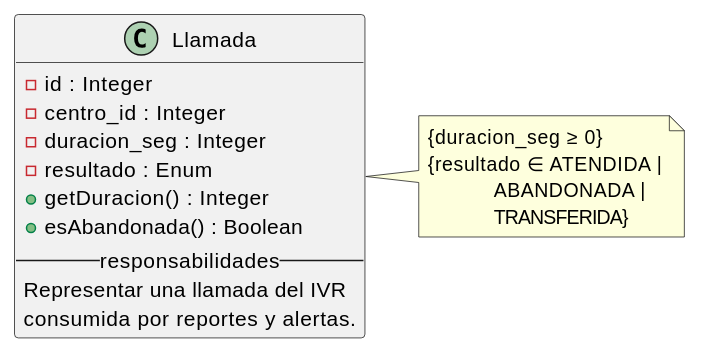
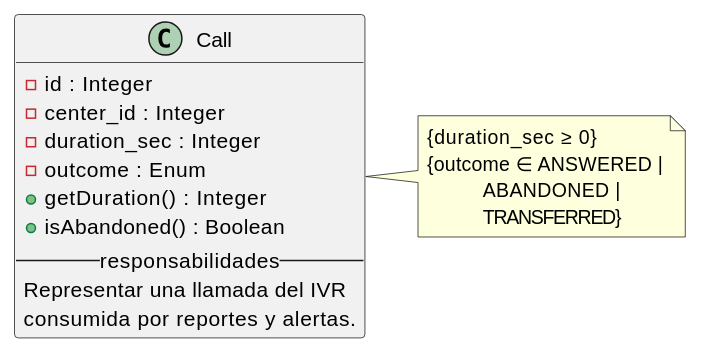
The diagram in source/requisitos/_metodologia-aplicacion/analisis-dominio/estructura-uml-de-una-clase.rst (jcg-admin/IACT-docs), drawn with PlantUML before and after one commit. The commit also changed 21 other files, not shown here.

```diff
--- a/source/requisitos/_metodologia-aplicacion/analisis-dominio/estructura-uml-de-una-clase.rst
+++ b/source/requisitos/_metodologia-aplicacion/analisis-dominio/estructura-uml-de-una-clase.rst
@@ -7,22 +7,22 @@
 .. uml::
 
    @startuml
 
-   class Llamada {
+   class Call {
      - id : Integer
-     - centro_id : Integer
-     - duracion_seg : Integer
-     - resultado : Enum
-     + getDuracion() : Integer
-     + esAbandonada() : Boolean
+     - center_id : Integer
+     - duration_sec : Integer
+     - outcome : Enum
+     + getDuration() : Integer
+     + isAbandoned() : Boolean
      -- responsabilidades --
      Representar una llamada del IVR
      consumida por reportes y alertas.
    }
-   note right of Llamada
-     {duracion_seg ≥ 0}
-     {resultado ∈ ATENDIDA |
-                  ABANDONADA |
-                  TRANSFERIDA}
+   note right of Call
+     {duration_sec ≥ 0}
+     {outcome ∈ ANSWERED |
+                ABANDONED |
+                TRANSFERRED}
    end note
    @enduml
```
